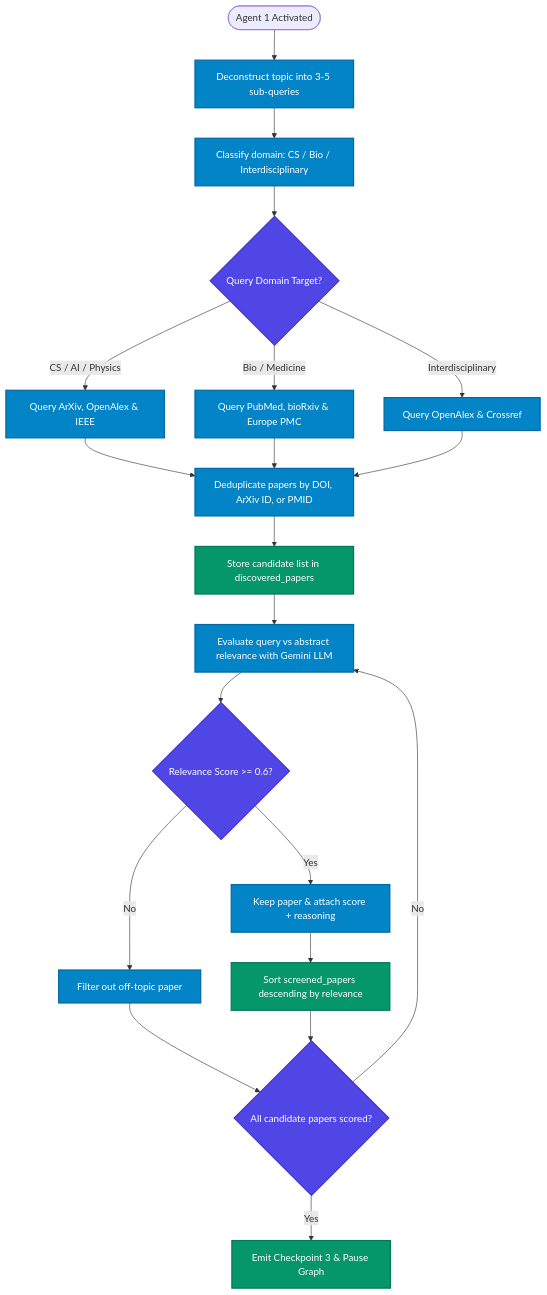
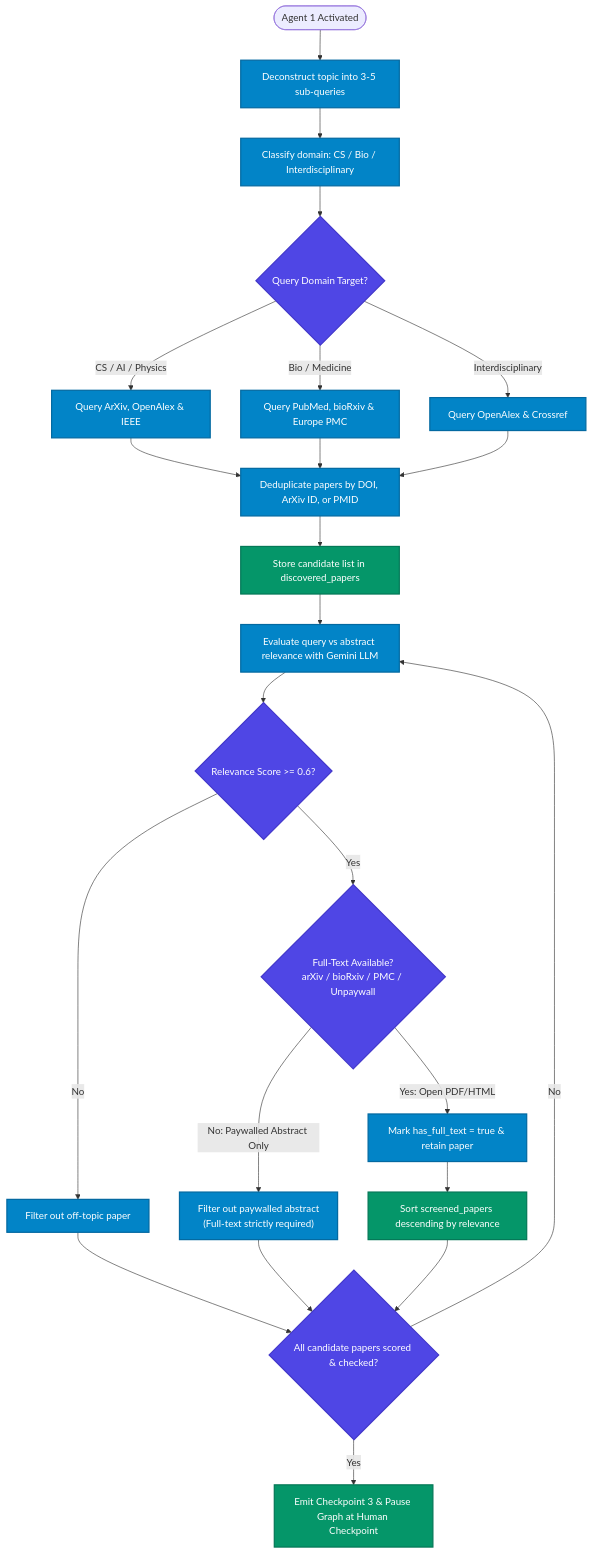
One commit to saumyashah0510/Multi-Agent-Research-System-Architecture changed the second of 7 diagrams in docs/diagrams/activity.md. Above: the diagram before and after it, drawn with Mermaid. The commit also changed other lines of this file and 5 other files, not shown here.

Commit message:
docs: update multi-source resolver design, full-text gatekeeper, and fix mermaid diagrams

````diff
--- a/docs/diagrams/activity.md
+++ b/docs/diagrams/activity.md
@@ -71,32 +71,36 @@
 ```mermaid
 flowchart TD
     classDef process fill:#0284c7,color:#fff,stroke:#0369a1,stroke-width:2px;
     classDef decision fill:#4f46e5,color:#fff,stroke:#4338ca,stroke-width:2px;
     classDef store fill:#059669,color:#fff,stroke:#047857,stroke-width:2px;
 
     Start([Agent 1 Activated]) --> Deconstruct["Deconstruct topic into 3-5 sub-queries"]:::process
     Deconstruct --> Classify["Classify domain: CS / Bio / Interdisciplinary"]:::process
     Classify --> RouteDomain{"Query Domain Target?"}:::decision
 
     RouteDomain -->|CS / AI / Physics| SearchCS["Query ArXiv, OpenAlex & IEEE"]:::process
     RouteDomain -->|Bio / Medicine| SearchBio["Query PubMed, bioRxiv & Europe PMC"]:::process
     RouteDomain -->|Interdisciplinary| SearchGeneral["Query OpenAlex & Crossref"]:::process
 
     SearchCS --> Deduplicate["Deduplicate papers by DOI, ArXiv ID, or PMID"]:::process
     SearchBio --> Deduplicate
     SearchGeneral --> Deduplicate
 
     Deduplicate --> SaveDiscovered["Store candidate list in discovered_papers"]:::store
     SaveDiscovered --> LLMScore["Evaluate query vs abstract relevance with Gemini LLM"]:::process
 
     LLMScore --> ScoreCheck{"Relevance Score >= 0.6?"}:::decision
-    ScoreCheck -->|Yes| Retain["Keep paper & attach score + reasoning"]:::process
+    ScoreCheck -->|Yes| FullTextCheck{"Full-Text Available?<br>arXiv / bioRxiv / PMC / Unpaywall"}:::decision
     ScoreCheck -->|No| Discard["Filter out off-topic paper"]:::process
 
+    FullTextCheck -->|Yes: Open PDF/HTML| Retain["Mark has_full_text = true & retain paper"]:::process
+    FullTextCheck -->|No: Paywalled Abstract Only| DiscardPaywalled["Filter out paywalled abstract<br>(Full-text strictly required)"]:::process
+
     Retain --> SortScreened["Sort screened_papers descending by relevance"]:::store
-    Discard --> CheckDone{"All candidate papers scored?"}:::decision
+    Discard --> CheckDone{"All candidate papers scored & checked?"}:::decision
+    DiscardPaywalled --> CheckDone
     SortScreened --> CheckDone
 
     CheckDone -->|No| LLMScore
-    CheckDone -->|Yes| PauseNode["Emit Checkpoint 3 & Pause Graph"]:::store
+    CheckDone -->|Yes| PauseNode["Emit Checkpoint 3 & Pause Graph at Human Checkpoint"]:::store
 ```
````
